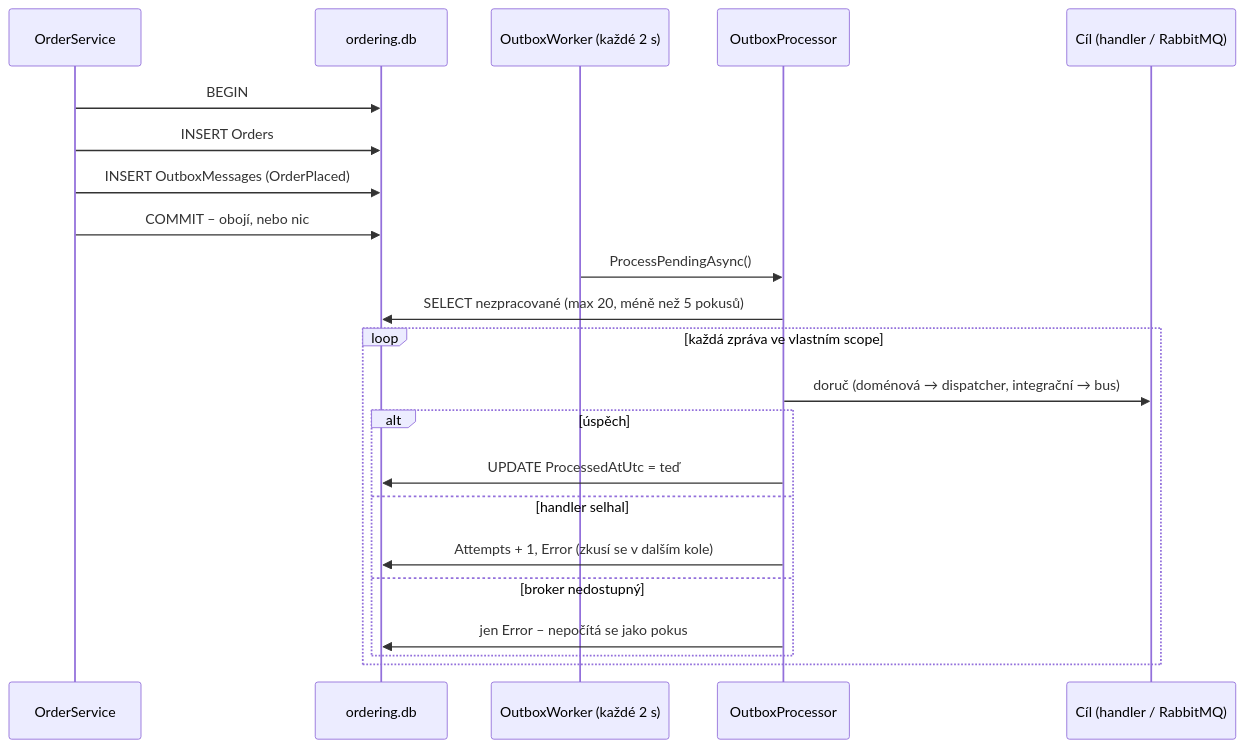
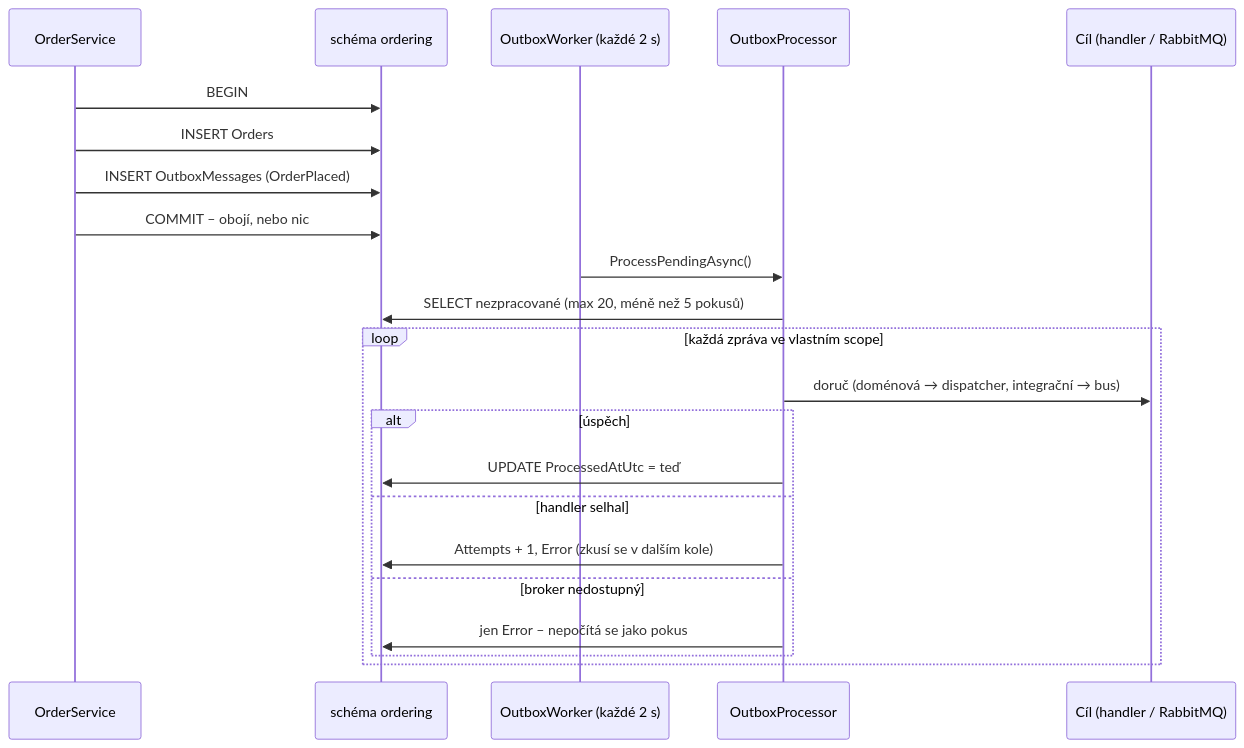
One commit to ftichy/MiniShop changed the diagram in docs/prirucka/eda/outbox.md. Above: the diagram before and after it, drawn with Mermaid. The commit also changed other lines of this file and 248 other files, not shown here.

````diff
--- a/docs/prirucka/eda/outbox.md
+++ b/docs/prirucka/eda/outbox.md
@@ -24,25 +24,25 @@
 ```mermaid
 sequenceDiagram
     participant S as OrderService
-    participant DB as ordering.db
+    participant DB as schéma ordering
     participant W as OutboxWorker (každé 2 s)
     participant P as OutboxProcessor
     participant T as Cíl (handler / RabbitMQ)
 
     S->>DB: BEGIN
     S->>DB: INSERT Orders
     S->>DB: INSERT OutboxMessages (OrderPlaced)
     S->>DB: COMMIT – obojí, nebo nic
     W->>P: ProcessPendingAsync()
     P->>DB: SELECT nezpracované (max 20, méně než 5 pokusů)
     loop každá zpráva ve vlastním scope
         P->>T: doruč (doménová → dispatcher, integrační → bus)
         alt úspěch
             P->>DB: UPDATE ProcessedAtUtc = teď
         else handler selhal
             P->>DB: Attempts + 1, Error (zkusí se v dalším kole)
         else broker nedostupný
             P->>DB: jen Error – nepočítá se jako pokus
         end
     end
 ```
````
